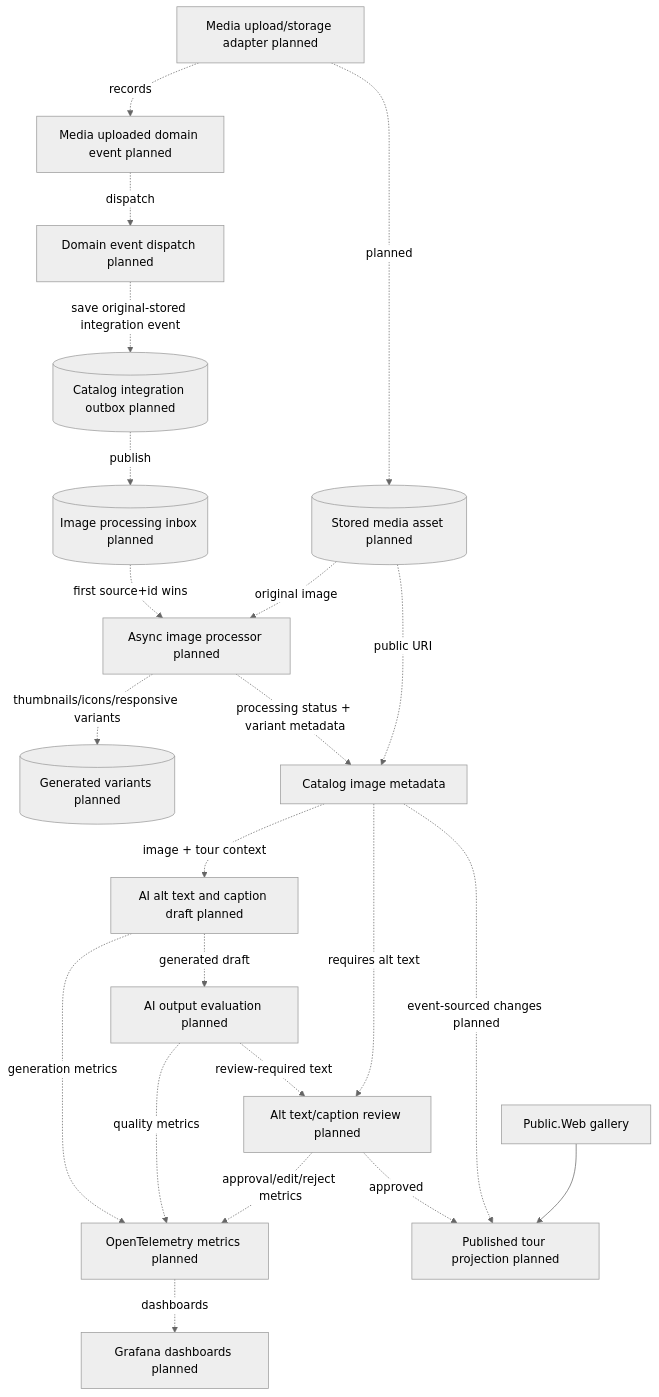
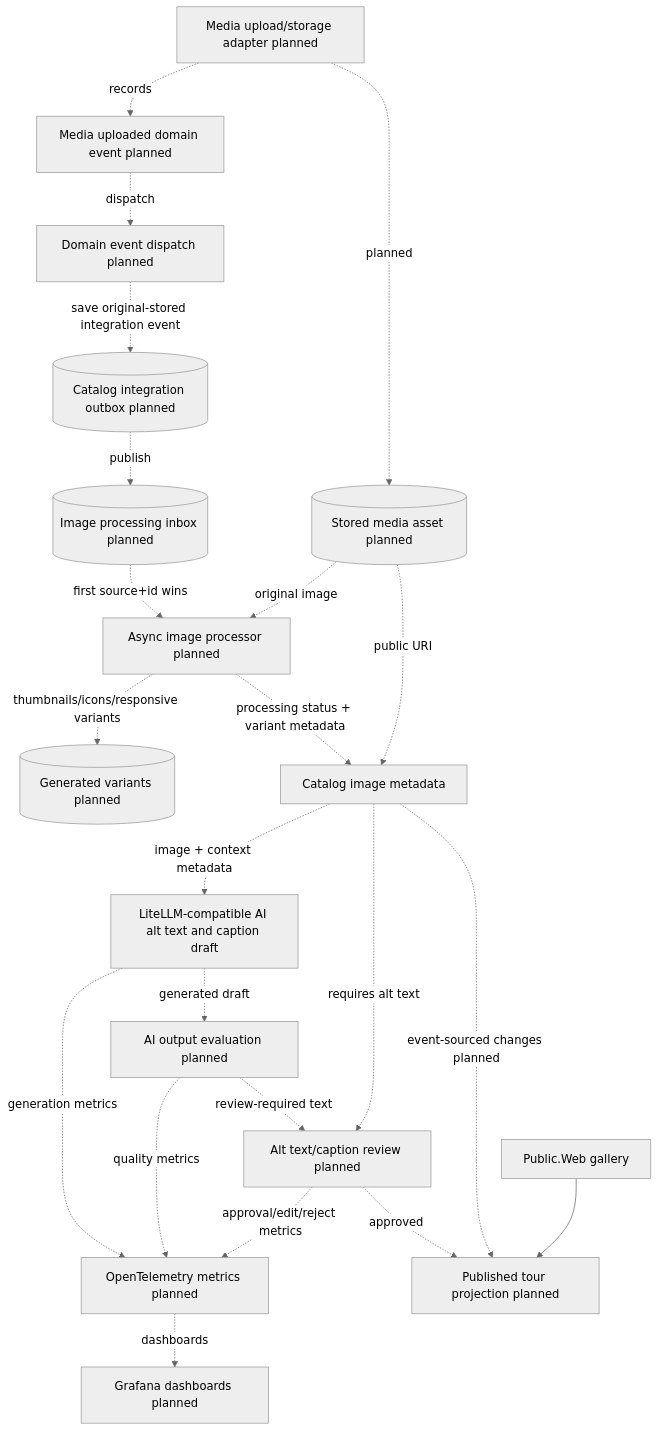
One commit to danigutsch/ViajantesTurismo changed the tenth of 10 diagrams in docs/architecture/FLOWS.md. Above: the diagram before and after it, drawn with Mermaid (neutral theme). The commit also changed other lines of this file and 46 other files, not shown here.

````diff
--- a/docs/architecture/FLOWS.md
+++ b/docs/architecture/FLOWS.md
@@ -319,41 +320,41 @@
 ```mermaid
 flowchart TB
     upload[Media upload/storage adapter planned]
     asset[(Stored media asset planned)]
     domainEvent[Media uploaded domain event planned]
     domainDispatch[Domain event dispatch planned]
     outbox[(Catalog integration outbox planned)]
     inbox[(Image processing inbox planned)]
     processor[Async image processor planned]
     variants[(Generated variants planned)]
     metadata[Catalog image metadata]
-    ai[AI alt text and caption draft planned]
+    ai[LiteLLM-compatible AI alt text and caption draft]
     eval[AI output evaluation planned]
     telemetry[OpenTelemetry metrics planned]
     grafana[Grafana dashboards planned]
     review[Alt text/caption review planned]
     projection[Published tour projection planned]
     publicWeb[Public.Web gallery]
 
     upload -. planned .-> asset
     upload -. records .-> domainEvent
     domainEvent -. dispatch .-> domainDispatch
     domainDispatch -. save original-stored integration event .-> outbox
     outbox -. publish .-> inbox
     inbox -. first source+id wins .-> processor
     asset -. original image .-> processor
     processor -. thumbnails/icons/responsive variants .-> variants
     processor -. processing status + variant metadata .-> metadata
     asset -. public URI .-> metadata
-    metadata -. image + tour context .-> ai
+    metadata -. image + context metadata .-> ai
     ai -. generated draft .-> eval
     eval -. review-required text .-> review
     ai -. generation metrics .-> telemetry
     eval -. quality metrics .-> telemetry
     review -. approval/edit/reject metrics .-> telemetry
     telemetry -. dashboards .-> grafana
     metadata -. requires alt text .-> review
     review -. approved .-> projection
     metadata -. event-sourced changes planned .-> projection
     publicWeb --> projection
 ```
````
